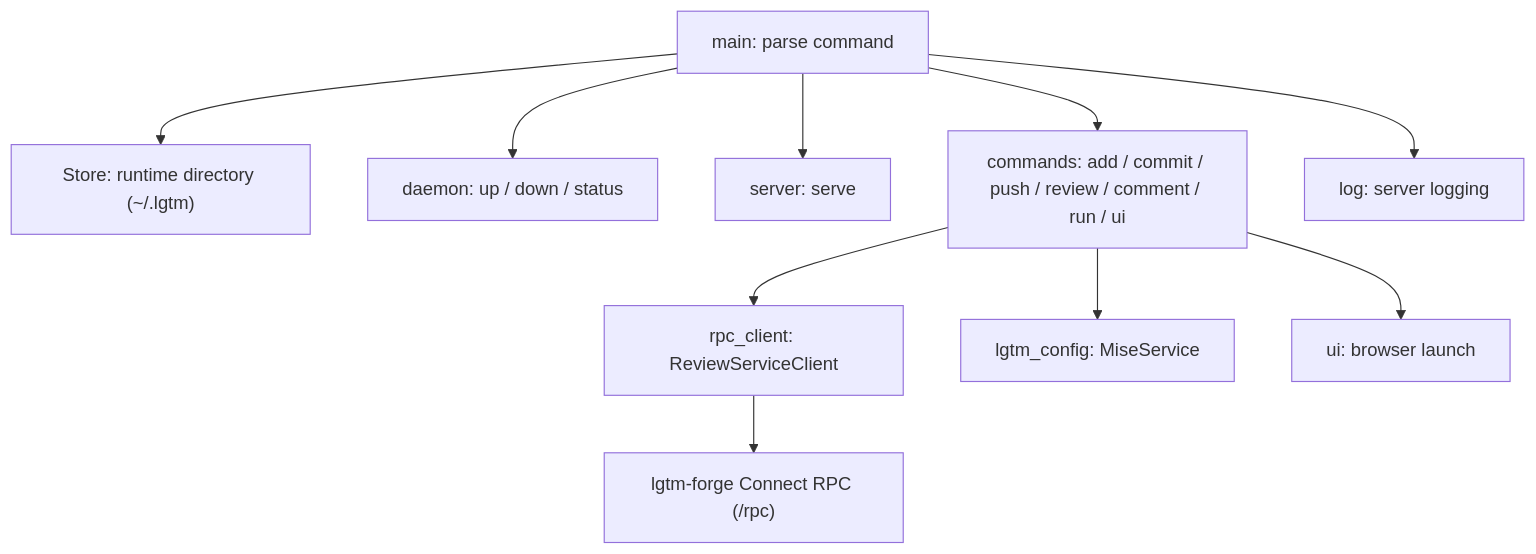
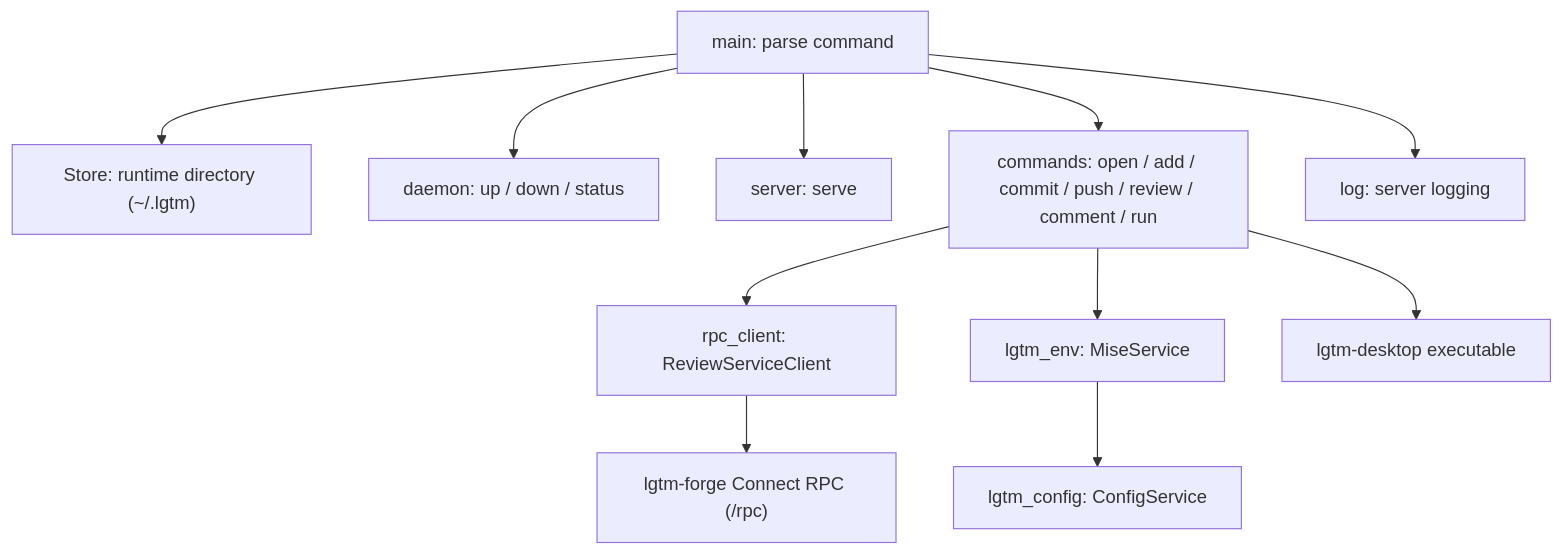
One commit to difflab-io/lgtm changed the first of 2 diagrams in docs/architecture/cli/index.md. Above: the diagram before and after it, drawn with Mermaid. The commit also changed other lines of this file and 66 other files, not shown here.

First line of the commit message:
feat(cli): link workspace crates directly, remove web UI bundler, and add lgtm open (#15)

````diff
--- a/docs/architecture/cli/index.md
+++ b/docs/architecture/cli/index.md
@@ -71,12 +72,13 @@
 ```mermaid
 flowchart TD
     MAIN["main: parse command"] --> STORE["Store: runtime directory (~/.lgtm)"]
     MAIN --> DAEMON["daemon: up / down / status"]
     MAIN --> SERVER["server: serve"]
-    MAIN --> COMMANDS["commands: add / commit / push / review / comment / run / ui"]
+    MAIN --> COMMANDS["commands: open / add / commit / push / review / comment / run"]
     COMMANDS --> CLIENT["rpc_client: ReviewServiceClient"]
-    COMMANDS --> MISE["lgtm_config: MiseService"]
-    COMMANDS --> UI["ui: browser launch"]
+    COMMANDS --> MISE["lgtm_env: MiseService"]
+    MISE --> CFG["lgtm_config: ConfigService"]
+    COMMANDS --> DESK["lgtm-desktop executable"]
     CLIENT --> FORGE["lgtm-forge Connect RPC (/rpc)"]
     MAIN --> LOG["log: server logging"]
 ```
````
